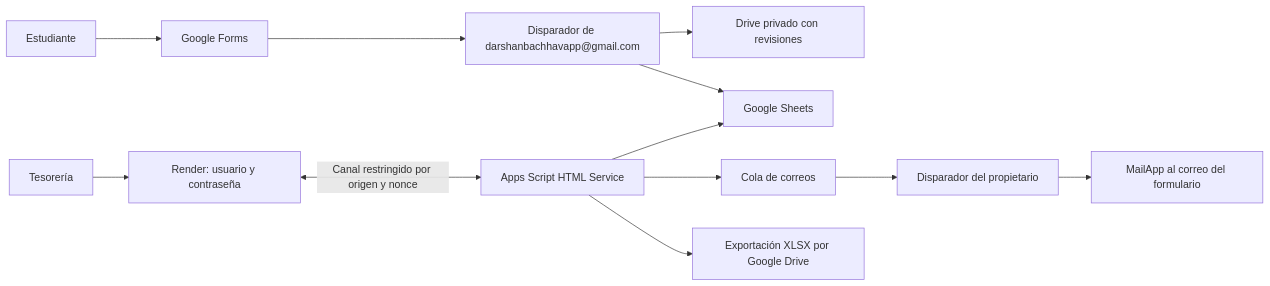
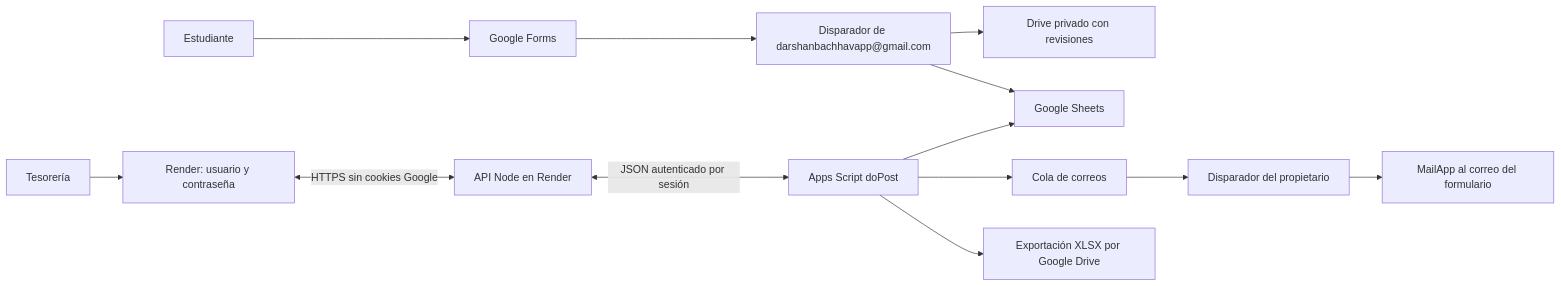
One commit to darshanbachhav0/uma-descuentos-corporativos changed the diagram in docs/ARCHITECTURE.md. Above: the diagram before and after it, drawn with Mermaid. The commit also changed other lines of this file and 18 other files, not shown here.

Commit message:
Replace browser Google frame with direct management API transport

````diff
--- a/docs/ARCHITECTURE.md
+++ b/docs/ARCHITECTURE.md
@@ -3,14 +3,15 @@
 ```mermaid
 flowchart LR
   S[Estudiante] --> F[Google Forms]
   R[Tesorería] --> W[Render: usuario y contraseña]
   F --> T[Disparador de darshanbachhavapp@gmail.com]
   T --> D[Drive privado con revisiones]
   T --> B[Google Sheets]
-  W <-->|Canal restringido por origen y nonce| G[Apps Script HTML Service]
+  W <-->|HTTPS sin cookies Google| A[API Node en Render]
+  A <-->|JSON autenticado por sesión| G[Apps Script doPost]
   G --> B
   G --> Q[Cola de correos]
   Q --> O[Disparador del propietario]
   O --> M[MailApp al correo del formulario]
   G --> X[Exportación XLSX por Google Drive]
 ```
````
